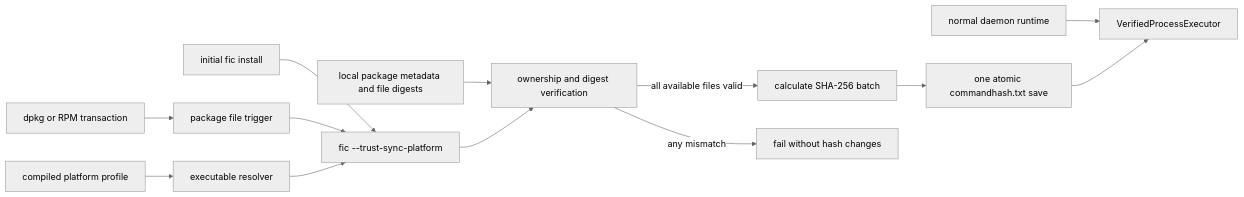
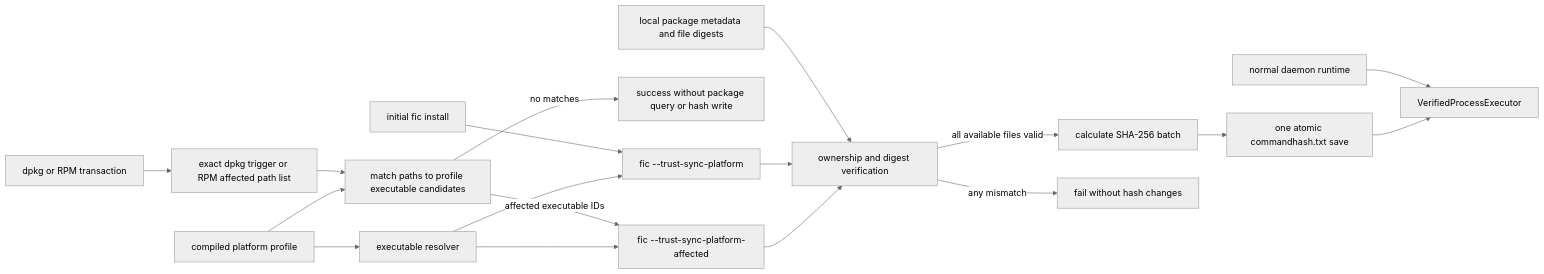
One commit to RevoltStar/FIC changed the ninth of 15 diagrams in docs/architecture-diagrams.md. Above: the diagram before and after it, drawn with Mermaid (neutral theme). The commit also changed 21 other files, not shown here.

````diff
--- a/docs/architecture-diagrams.md
+++ b/docs/architecture-diagrams.md
@@ -338,15 +338,20 @@
 ```mermaid
 flowchart LR
-    transaction[dpkg or RPM transaction] --> trigger[package file trigger]
+    transaction[dpkg or RPM transaction] --> trigger[exact dpkg trigger or RPM affected path list]
     install[initial fic install] --> sync[fic --trust-sync-platform]
-    trigger --> sync
-    profile[compiled platform profile] --> resolver[executable resolver]
+    trigger --> select[match paths to profile executable candidates]
+    select -->|no matches| noop[success without package query or hash write]
+    select -->|affected executable IDs| partial[fic --trust-sync-platform-affected]
+    profile[compiled platform profile] --> select
+    profile --> resolver[executable resolver]
     resolver --> sync
+    resolver --> partial
     packageDb[local package metadata and file digests] --> verify[ownership and digest verification]
     sync --> verify
+    partial --> verify
     verify -->|all available files valid| batch[calculate SHA-256 batch]
     batch --> atomic[one atomic commandhash.txt save]
     verify -->|any mismatch| reject[fail without hash changes]
     runtime[normal daemon runtime] --> checked[VerifiedProcessExecutor]
     atomic --> checked
 ```
````
